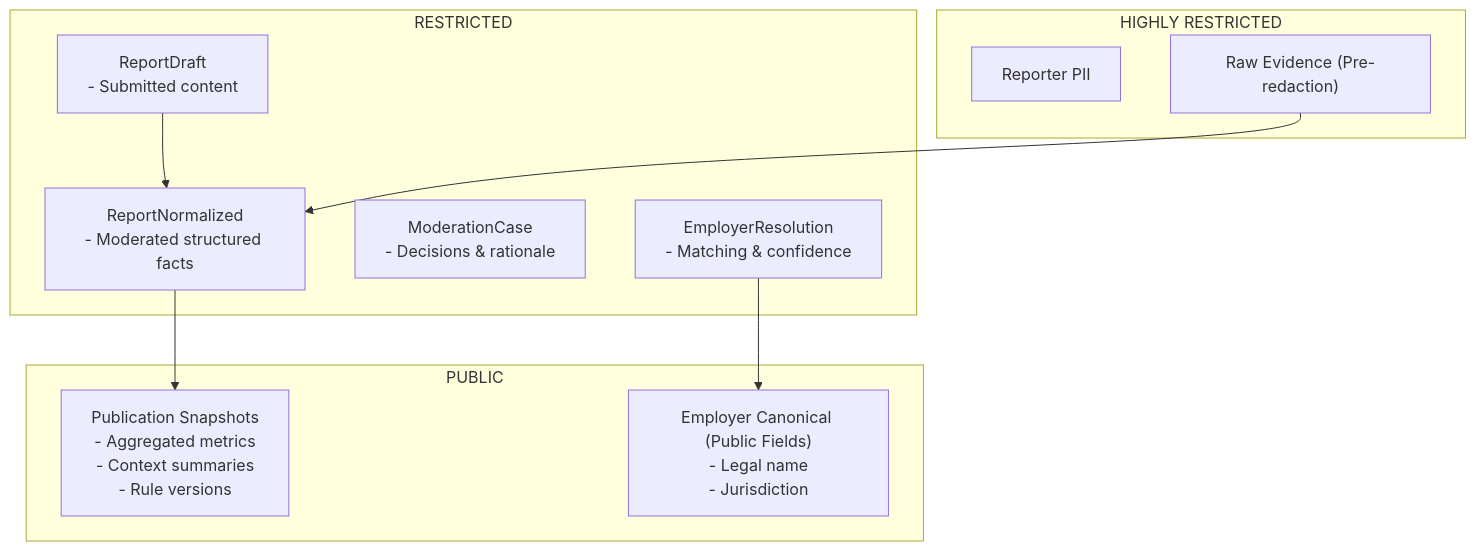
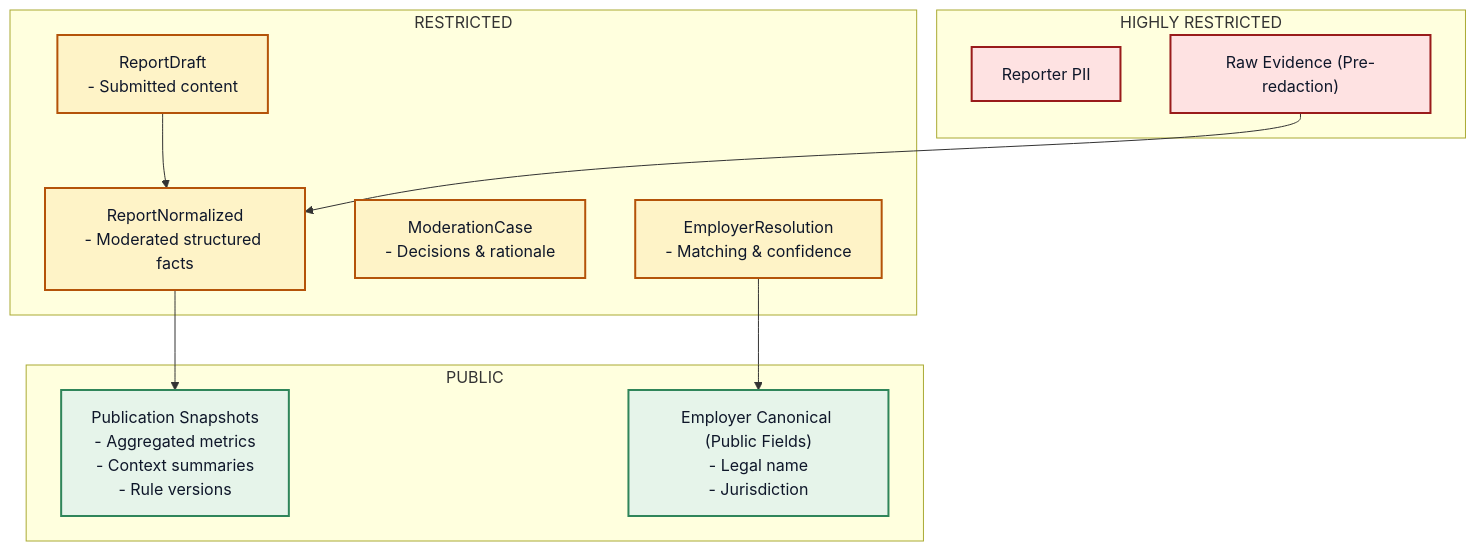
One commit to sistoyanov69/junkedout-mvp changed the second of 3 diagrams in docs/architecture/logical-architecture.md. Above: the diagram before and after it, drawn with Mermaid. The commit also changed other lines of this file, not shown here.

Commit message:
Apply colored diagrams formatting compatible with GitHub renderer

````diff
--- a/docs/architecture/logical-architecture.md
+++ b/docs/architecture/logical-architecture.md
@@ -80,23 +93,32 @@
 ```mermaid
 flowchart TB
+  %% Visual classes (GitHub-safe)
+  classDef public fill:#E6F4EA,stroke:#2F855A,stroke-width:2px,color:#0F172A
+  classDef restricted fill:#FEF3C7,stroke:#B45309,stroke-width:2px,color:#0F172A
+  classDef high fill:#FEE2E2,stroke:#991B1B,stroke-width:2px,color:#0F172A
   subgraph PUBLIC["PUBLIC"]
     P1["Publication Snapshots\n- Aggregated metrics\n- Context summaries\n- Rule versions"]
     P2["Employer Canonical (Public Fields)\n- Legal name\n- Jurisdiction"]
   end
 
   subgraph RESTRICTED["RESTRICTED"]
     R1["ReportDraft\n- Submitted content"]
     R2["ReportNormalized\n- Moderated structured facts"]
     R3["ModerationCase\n- Decisions & rationale"]
     R4["EmployerResolution\n- Matching & confidence"]
   end
 
   subgraph HIGH["HIGHLY RESTRICTED"]
     H1["Reporter PII"]
     H2["Raw Evidence (Pre-redaction)"]
   end
 
   R1 --> R2 --> P1
   R4 --> P2
   H2 --> R2
+
+  %% Class assignments
+  class P1,P2 public
+  class R1,R2,R3,R4 restricted
+  class H1,H2 high
 ```
````
